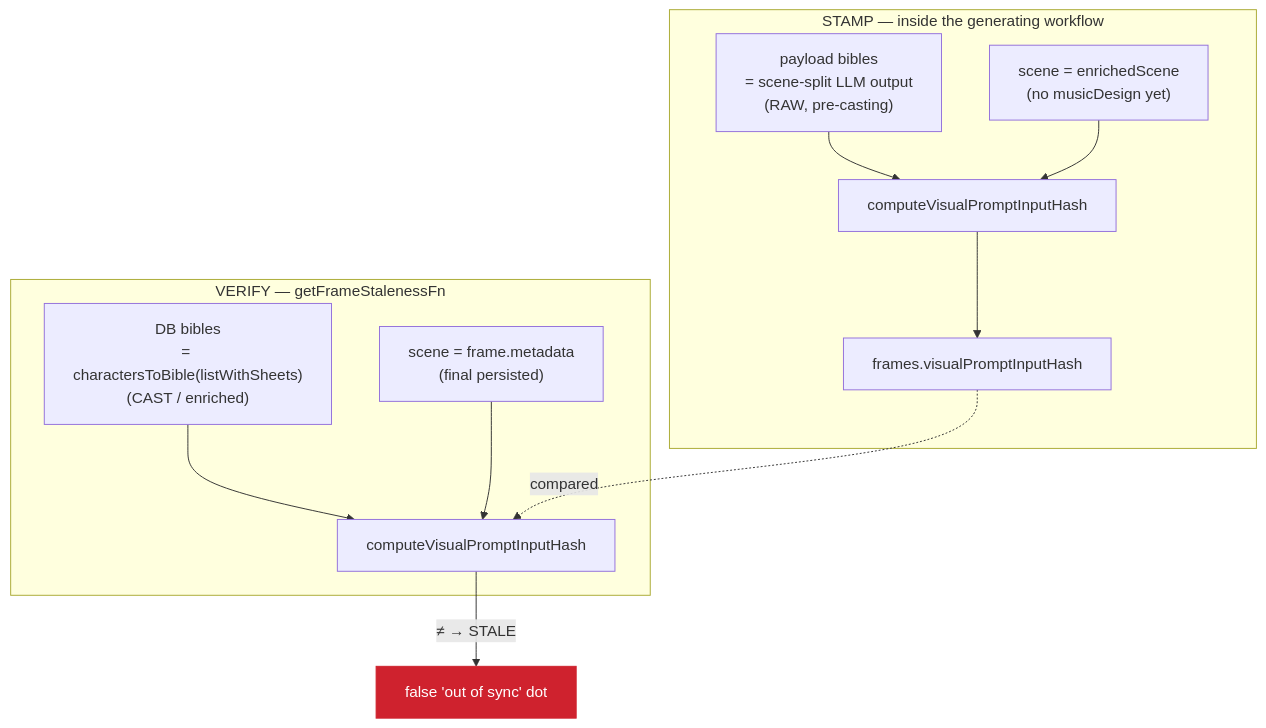
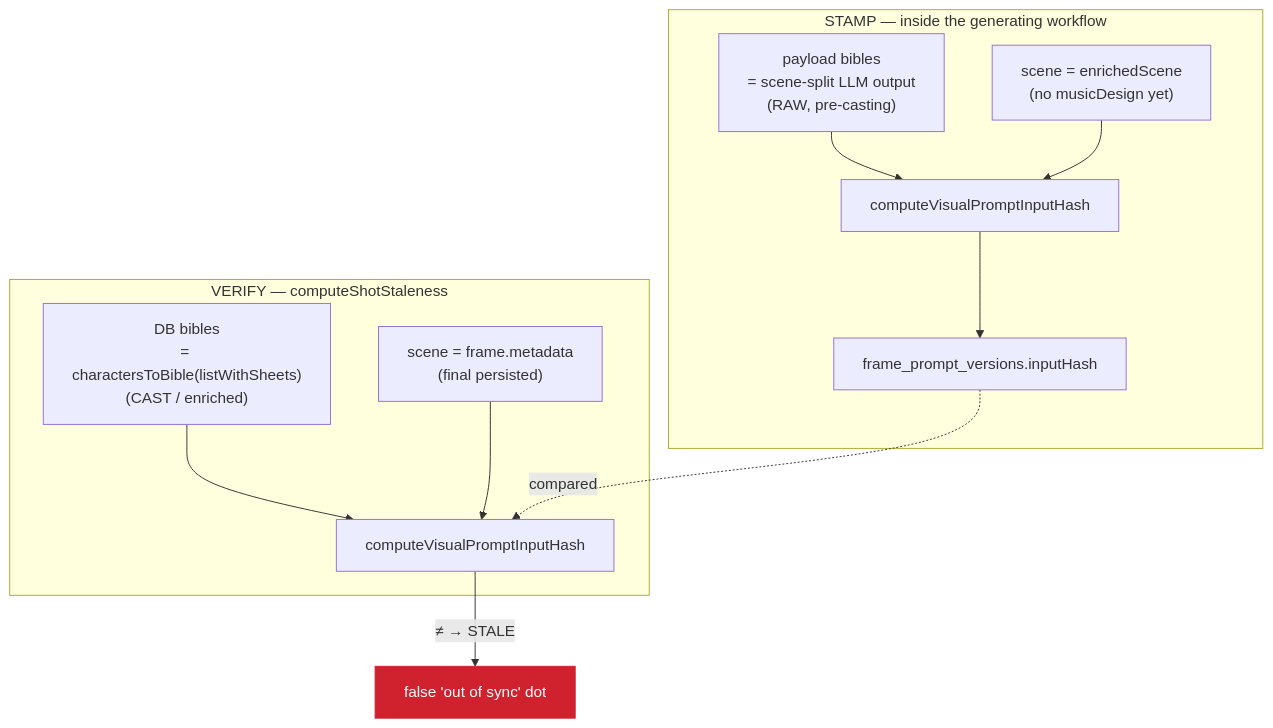
One commit to Jyatin/openstory changed the third of 4 diagrams in docs/architecture/prompt-staleness-dependency-graph.md. Above: the diagram before and after it, drawn with Mermaid. The commit also changed other lines of this file and 8 other files, not shown here.

````diff
--- a/docs/architecture/prompt-staleness-dependency-graph.md
+++ b/docs/architecture/prompt-staleness-dependency-graph.md
@@ -548,23 +620,23 @@
 ```mermaid
 flowchart TD
     subgraph stamp["STAMP — inside the generating workflow"]
         s1["payload bibles<br/>= scene-split LLM output<br/>(RAW, pre-casting)"]
         s2["scene = enrichedScene<br/>(no musicDesign yet)"]
         s1 --> sh["computeVisualPromptInputHash"]
         s2 --> sh
-        sh --> col["frames.visualPromptInputHash"]
+        sh --> col["frame_prompt_versions.inputHash"]
     end
 
-    subgraph verify["VERIFY — getFrameStalenessFn"]
+    subgraph verify["VERIFY — computeShotStaleness"]
         v1["DB bibles<br/>= charactersToBible(listWithSheets)<br/>(CAST / enriched)"]
         v2["scene = frame.metadata<br/>(final persisted)"]
         v1 --> vh["computeVisualPromptInputHash"]
         v2 --> vh
     end
 
     col -. "compared" .-> vh
     vh -->|"≠ → STALE"| out["false 'out of sync' dot"]
 
     classDef bad fill:#cf222e,stroke:#cf222e,color:#fff;
     class out bad;
 ```
````
